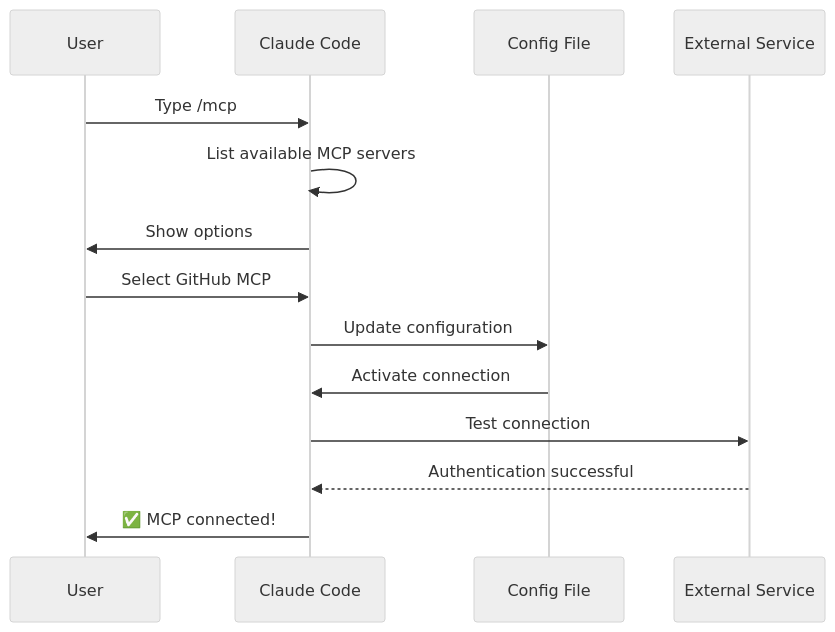
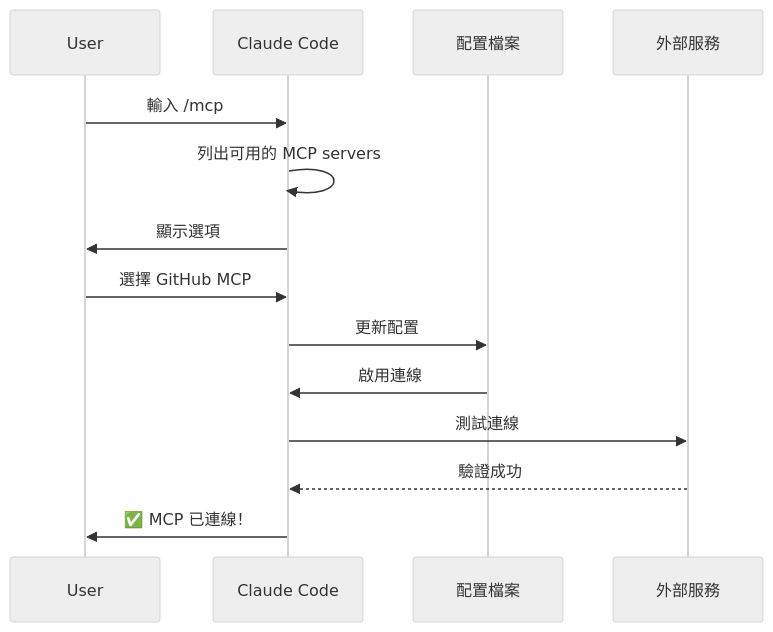
Diagram 14 of 31 in claude_concepts_guide.md (huckly/claude-howto-zh-tw), drawn with Mermaid (neutral theme) before and after one commit. The commit also changed other lines of this file and 12 other files, not shown here.

````diff
--- a/claude_concepts_guide.md
+++ b/claude_concepts_guide.md
@@ -988,17 +988,17 @@
 ```mermaid
 sequenceDiagram
     participant User
     participant Claude as Claude Code
-    participant Config as Config File
-    participant Service as External Service
+    participant Config as 配置檔案
+    participant Service as 外部服務
 
-    User->>Claude: Type /mcp
-    Claude->>Claude: List available MCP servers
-    Claude->>User: Show options
-    User->>Claude: Select GitHub MCP
-    Claude->>Config: Update configuration
-    Config->>Claude: Activate connection
-    Claude->>Service: Test connection
-    Service-->>Claude: Authentication successful
-    Claude->>User: ✅ MCP connected!
+    User->>Claude: 輸入 /mcp
+    Claude->>Claude: 列出可用的 MCP servers
+    Claude->>User: 顯示選項
+    User->>Claude: 選擇 GitHub MCP
+    Claude->>Config: 更新配置
+    Config->>Claude: 啟用連線
+    Claude->>Service: 測試連線
+    Service-->>Claude: 驗證成功
+    Claude->>User: ✅ MCP 已連線！
 ```
````
